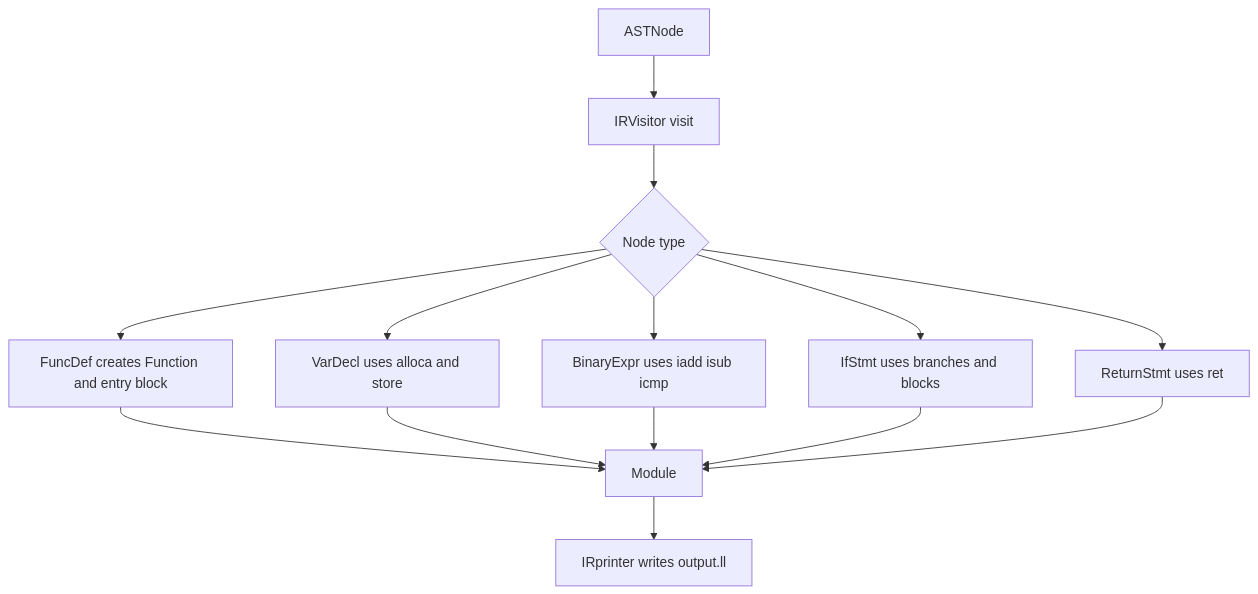
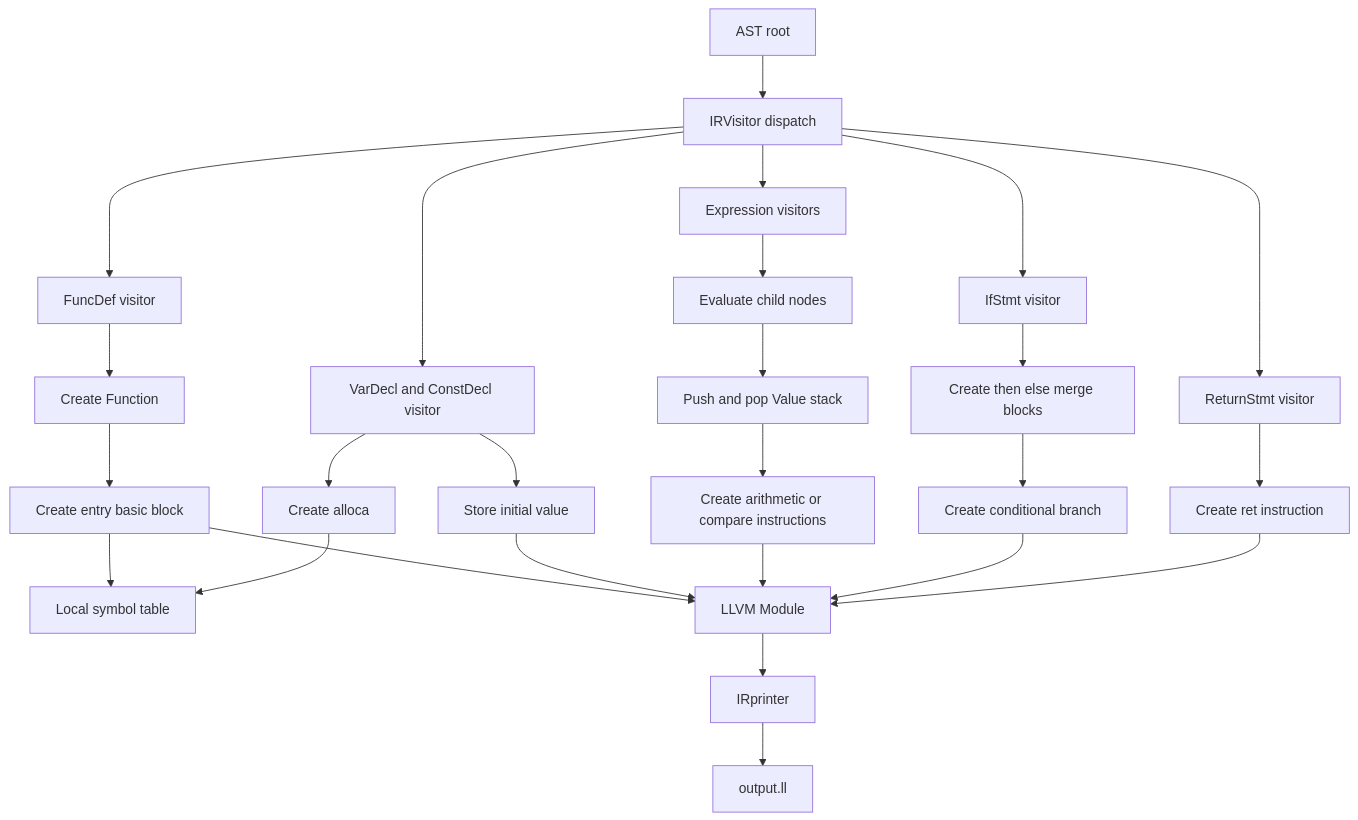
Before and after one commit to NIBRSYK16/c--compiler: the fifth of 6 diagrams in report.md, drawn with Mermaid. The commit also changed other lines of this file, not shown here.

````diff
--- a/report.md
+++ b/report.md
@@ -457,16 +546,28 @@
 ```mermaid
 graph TD
-    A[ASTNode] --> B[IRVisitor visit]
-    B --> C{Node type}
-    C --> D[FuncDef creates Function and entry block]
-    C --> E[VarDecl uses alloca and store]
-    C --> F[BinaryExpr uses iadd isub icmp]
-    C --> G[IfStmt uses branches and blocks]
-    C --> H[ReturnStmt uses ret]
-    D --> I[Module]
-    E --> I
-    F --> I
-    G --> I
-    H --> I
-    I --> J[IRprinter writes output.ll]
+    Root[AST root] --> Visit[IRVisitor dispatch]
+    Visit --> Func[FuncDef visitor]
+    Visit --> Decl[VarDecl and ConstDecl visitor]
+    Visit --> Expr[Expression visitors]
+    Visit --> Ctrl[IfStmt visitor]
+    Visit --> Ret[ReturnStmt visitor]
+    Func --> F1[Create Function]
+    F1 --> F2[Create entry basic block]
+    F2 --> LocalTable[Local symbol table]
+    Decl --> A1[Create alloca]
+    Decl --> A2[Store initial value]
+    A1 --> LocalTable
+    Expr --> V1[Evaluate child nodes]
+    V1 --> V2[Push and pop Value stack]
+    V2 --> V3[Create arithmetic or compare instructions]
+    Ctrl --> C1[Create then else merge blocks]
+    C1 --> C2[Create conditional branch]
+    Ret --> R1[Create ret instruction]
+    F2 --> Module[LLVM Module]
+    A2 --> Module
+    V3 --> Module
+    C2 --> Module
+    R1 --> Module
+    Module --> Print[IRprinter]
+    Print --> Out[output.ll]
 ```
````
